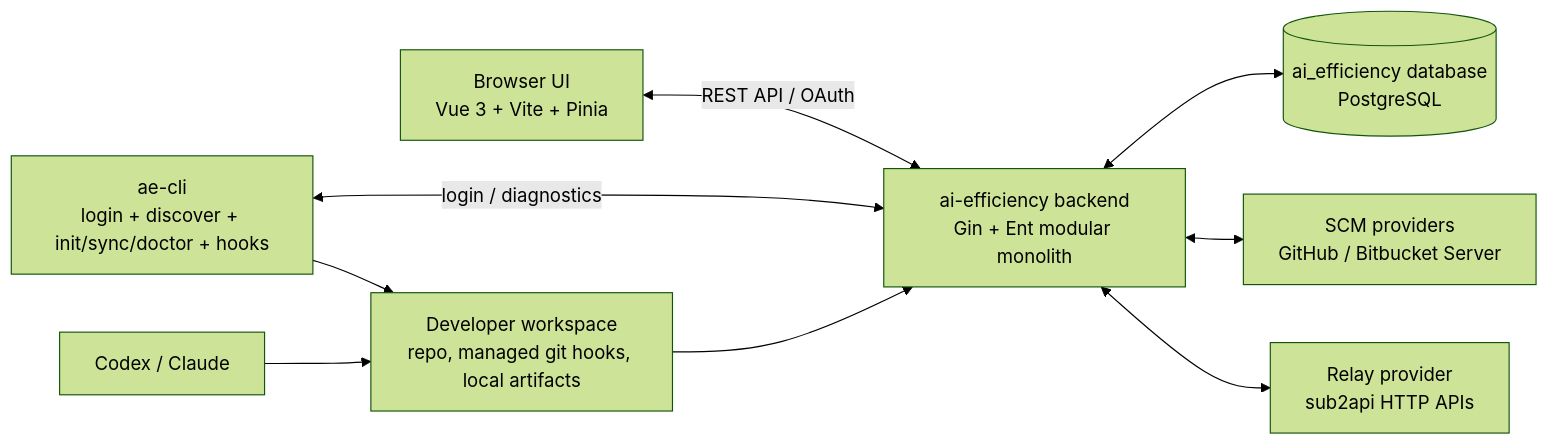
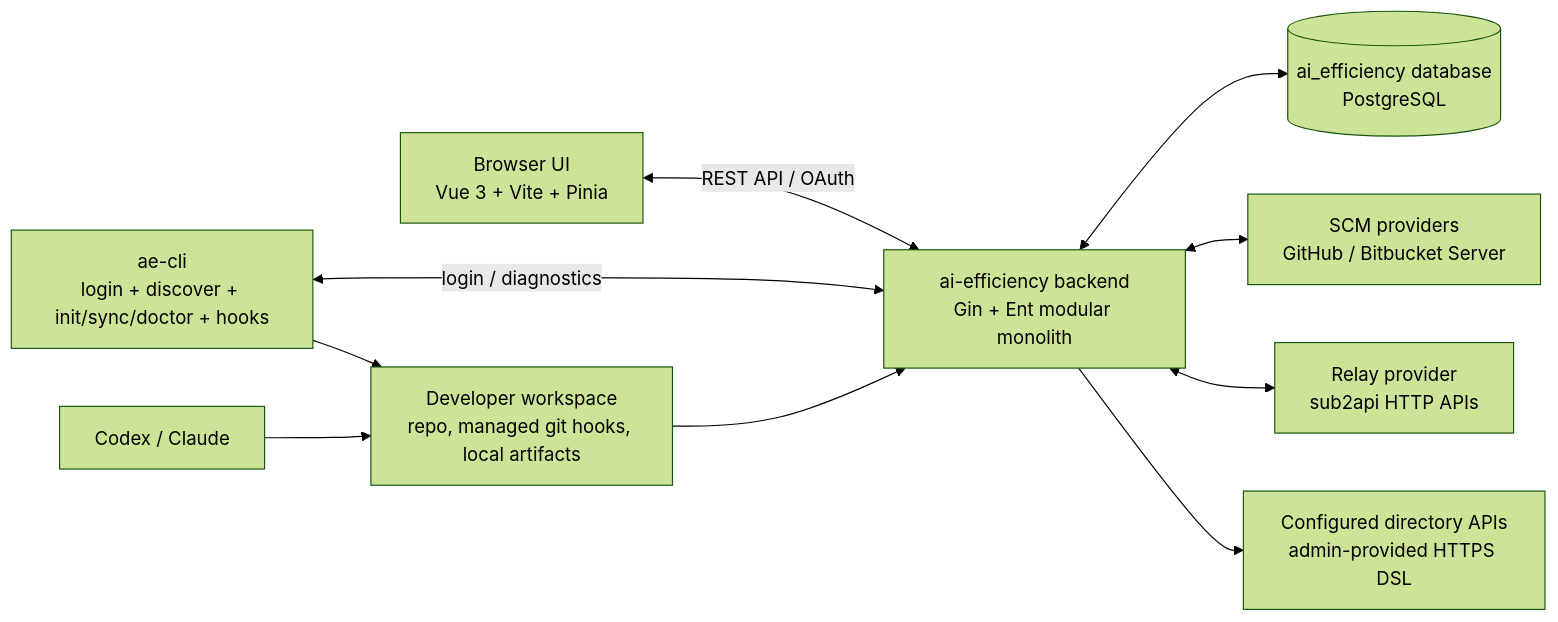
The first of 4 diagrams in docs/architecture.md (LichKing-2234/ai-efficiency), drawn with Mermaid (forest theme) before and after one commit. The commit also changed other lines of this file and 2 other files, not shown here.

Commit message:
docs(architecture): document directory sync

````diff
--- a/docs/architecture.md
+++ b/docs/architecture.md
@@ -33,20 +34,22 @@
 ```mermaid
 flowchart LR
     Browser["Browser UI<br/>Vue 3 + Vite + Pinia"]
     CLI["ae-cli<br/>login + discover + init/sync/doctor + hooks"]
     Tool["Codex / Claude"]
     Backend["ai-efficiency backend<br/>Gin + Ent modular monolith"]
     DB[("ai_efficiency database<br/>PostgreSQL")]
     SCM["SCM providers<br/>GitHub / Bitbucket Server"]
     Relay["Relay provider<br/>sub2api HTTP APIs"]
+    Directory["Configured directory APIs<br/>admin-provided HTTPS DSL"]
     Workspace["Developer workspace<br/>repo, managed git hooks, local artifacts"]
 
     Browser <-->|REST API / OAuth| Backend
     CLI <-->|login / diagnostics| Backend
     CLI --> Workspace
     Tool --> Workspace
     Workspace --> Backend
     Backend <--> DB
     Backend <--> SCM
     Backend <--> Relay
+    Backend --> Directory
 ```
````
